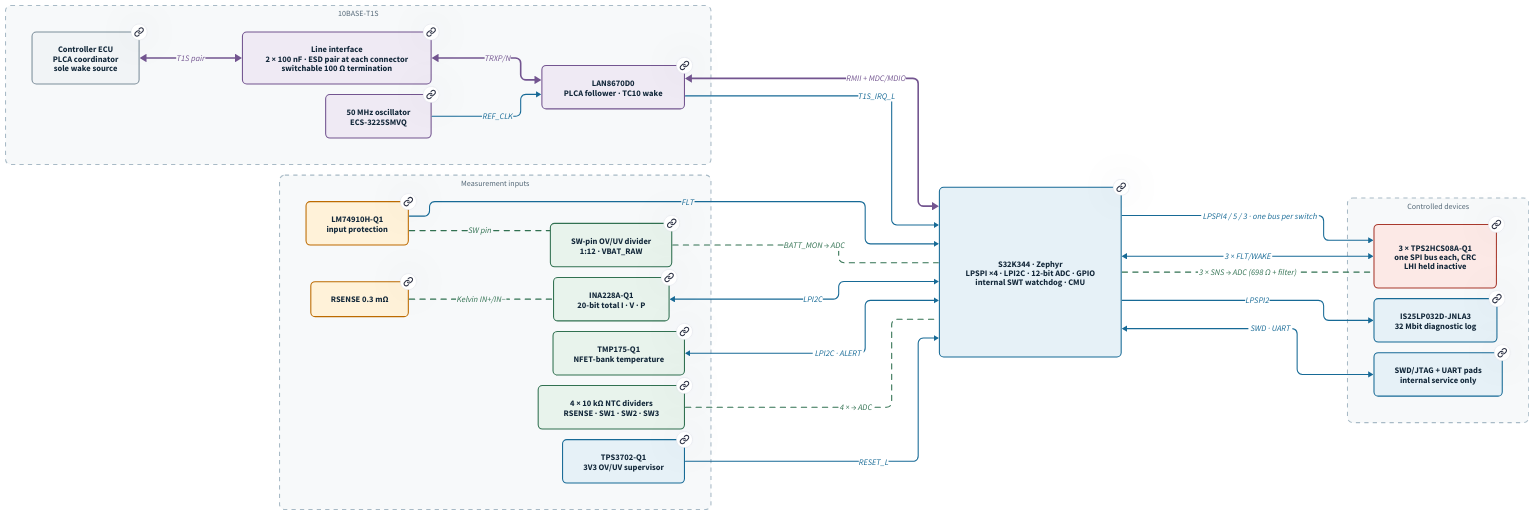
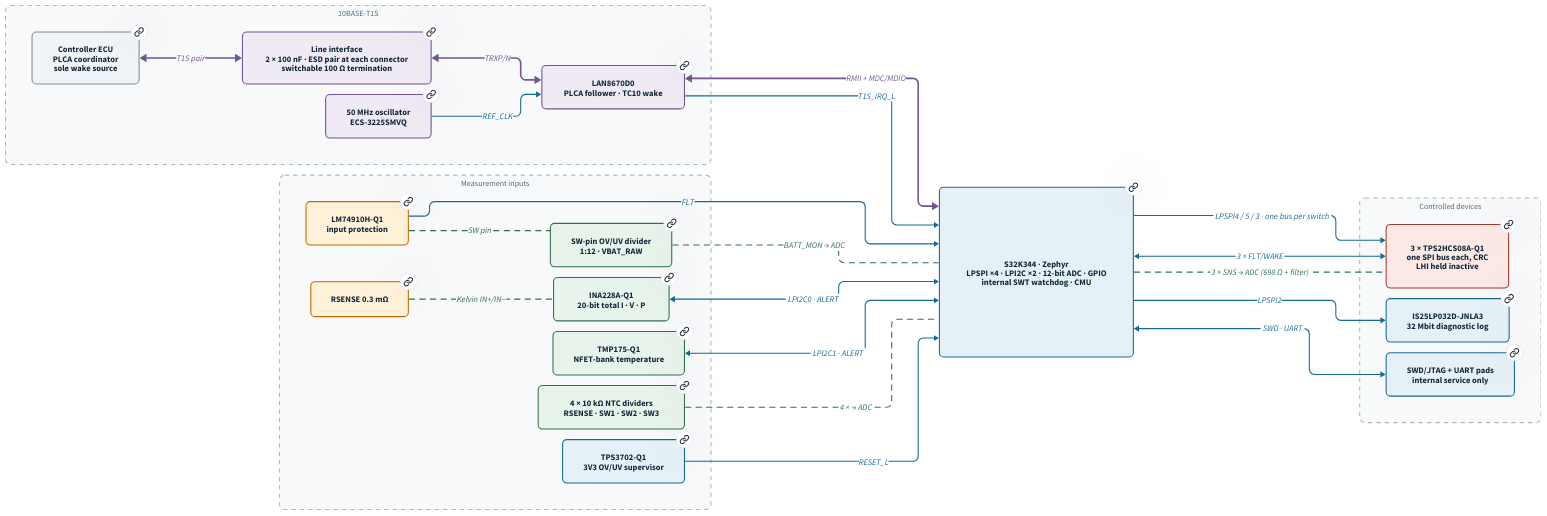
The diagram in docs/src/diagrams/signals.d2 (karlTbowers/node60-hw), drawn with D2 before and after one commit. The commit also changed 19 other files, not shown here.

First line of the commit message:
Schematic: one I2C bus per sensor, INA228 ALERT to the MCU (DEC-028)

```diff
--- a/docs/src/diagrams/signals.d2
+++ b/docs/src/diagrams/signals.d2
@@ -1,74 +1,74 @@
 # Node60 · Signal architecture, digital and analog (Architecture Rev A)
 # Inputs on the left, MCU in the middle, outputs on the right.
 # Solid = digital (purple: network, blue: control buses). Dashed green = analog into the MCU ADC.
 # Every block links to its subsystem page (site-relative; the D2Diagram component adds the base path).
 
 direction: right
 
 vars: {
   d2-config: {
     layout-engine: elk
   }
 }
 
 classes: {
   external: {style: {fill: "#f1f4f6"; stroke: "#7d8f9b"; stroke-width: 2; border-radius: 8; font-color: "#13283a"}}
   network: {style: {fill: "#efeaf4"; stroke: "#735590"; stroke-width: 2; border-radius: 8; font-color: "#13283a"}}
   compute: {style: {fill: "#e6f1f7"; stroke: "#176a96"; stroke-width: 2; border-radius: 8; font-color: "#13283a"}}
   sense: {style: {fill: "#e8f3ec"; stroke: "#317151"; stroke-width: 2; border-radius: 8; font-color: "#13283a"}}
   battery: {style: {fill: "#fff2d9"; stroke: "#bd6b00"; stroke-width: 2; border-radius: 8; font-color: "#13283a"}}
   load: {style: {fill: "#fce9e6"; stroke: "#a9392d"; stroke-width: 2; border-radius: 8; font-color: "#13283a"}}
   group: {style: {fill: "#f7f9fa"; stroke: "#a8bac6"; stroke-dash: 4; border-radius: 10; font-color: "#536776"; font-size: 15}}
   net: {style: {stroke: "#735590"; stroke-width: 3; font-color: "#735590"}}
   dig: {style: {stroke: "#176a96"; stroke-width: 2; font-color: "#176a96"}}
   ana: {style: {stroke: "#317151"; stroke-width: 2; stroke-dash: 5; font-color: "#317151"}}
 }
 
 network: "10BASE-T1S" {
   class: group
   ecu: "Controller ECU\nPLCA coordinator\nsole wake source" {class: external; link: "/subsystems/harness/"}
   line: "Line interface\n2 × 100 nF · ESD pair at each connector\nswitchable 100 Ω termination" {class: network; link: "/subsystems/network/"}
   phy: "LAN8670D0\nPLCA follower · TC10 wake" {class: network; link: "/subsystems/network/"}
   osc: "50 MHz oscillator\nECS-3225SMVQ" {class: network; link: "/subsystems/network/"}
 }
 
 sensing: "Measurement inputs" {
   class: group
   lm: "LM74910H-Q1\ninput protection" {class: battery; link: "/subsystems/power/"}
   rsense: "RSENSE 0.3 mΩ" {class: battery; link: "/subsystems/power/"}
   div: "SW-pin OV/UV divider\n1:12 · VBAT_RAW" {class: sense; link: "/subsystems/power/"}
   ina: "INA228A-Q1\n20-bit total I · V · P" {class: sense; link: "/subsystems/power/"}
   tmp: "TMP175-Q1\nNFET-bank temperature" {class: sense; link: "/subsystems/temperature/"}
   ntc: "4 × 10 kΩ NTC dividers\nRSENSE · SW1 · SW2 · SW3" {class: sense; link: "/subsystems/temperature/"}
   sup: "TPS3702-Q1\n3V3 OV/UV supervisor" {class: compute; link: "/subsystems/supervision/"}
 }
 
-mcu: "S32K344 · Zephyr\nLPSPI ×4 · LPI2C · 12-bit ADC · GPIO\ninternal SWT watchdog · CMU" {class: compute; link: "/subsystems/compute/"}
+mcu: "S32K344 · Zephyr\nLPSPI ×4 · LPI2C ×2 · 12-bit ADC · GPIO\ninternal SWT watchdog · CMU" {class: compute; link: "/subsystems/compute/"}
 
 outputs: "Controlled devices" {
   class: group
   sw: "3 × TPS2HCS08A-Q1\none SPI bus each, CRC\nLHI held inactive" {class: load; link: "/subsystems/outputs/"}
   flash: "IS25LP032D-JNLA3\n32 Mbit diagnostic log" {class: compute; link: "/subsystems/firmware/"}
   dbg: "SWD/JTAG + UART pads\ninternal service only" {class: compute; link: "/subsystems/compute/"}
 }
 
 network.ecu <-> network.line: "T1S pair" {class: net}
 network.line <-> network.phy: "TRXP/N" {class: net}
 network.osc -> network.phy: "REF_CLK" {class: dig}
 network.phy <-> mcu: "RMII + MDC/MDIO" {class: net}
 network.phy -> mcu: "T1S_IRQ_L" {class: dig}
 
 sensing.rsense -- sensing.ina: "Kelvin IN+/IN−" {class: ana}
 sensing.lm -- sensing.div: "SW pin" {class: ana}
 sensing.div -- mcu: "BATT_MON → ADC" {class: ana}
 sensing.ntc -- mcu: "4 × → ADC" {class: ana}
-sensing.ina <-> mcu: "LPI2C" {class: dig}
-sensing.tmp <-> mcu: "LPI2C · ALERT" {class: dig}
+sensing.ina <-> mcu: "LPI2C0 · ALERT" {class: dig}
+sensing.tmp <-> mcu: "LPI2C1 · ALERT" {class: dig}
 sensing.lm -> mcu: "FLT" {class: dig}
 sensing.sup -> mcu: "RESET_L" {class: dig}
 
 mcu -> outputs.sw: "LPSPI4 / 5 / 3 · one bus per switch" {class: dig}
 mcu <-> outputs.sw: "3 × FLT/WAKE" {class: dig}
 mcu -- outputs.sw: "3 × SNS → ADC (698 Ω + filter)" {class: ana}
 mcu -> outputs.flash: "LPSPI2" {class: dig}
 mcu <-> outputs.dbg: "SWD · UART" {class: dig}
```
